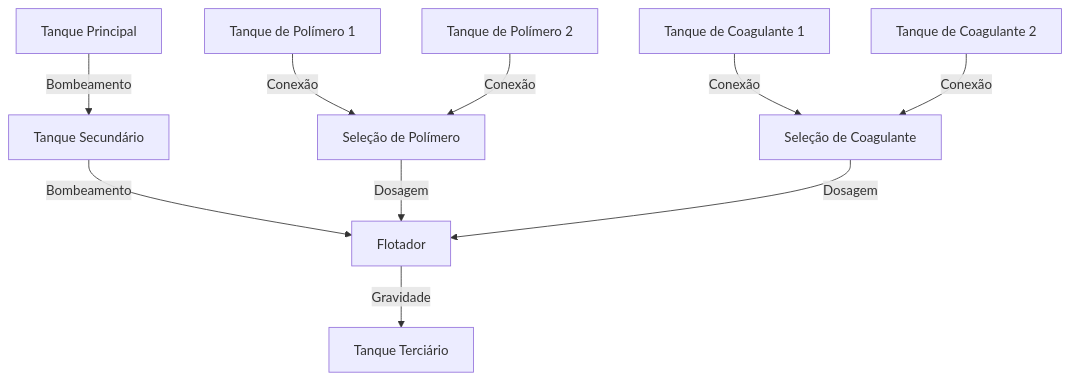
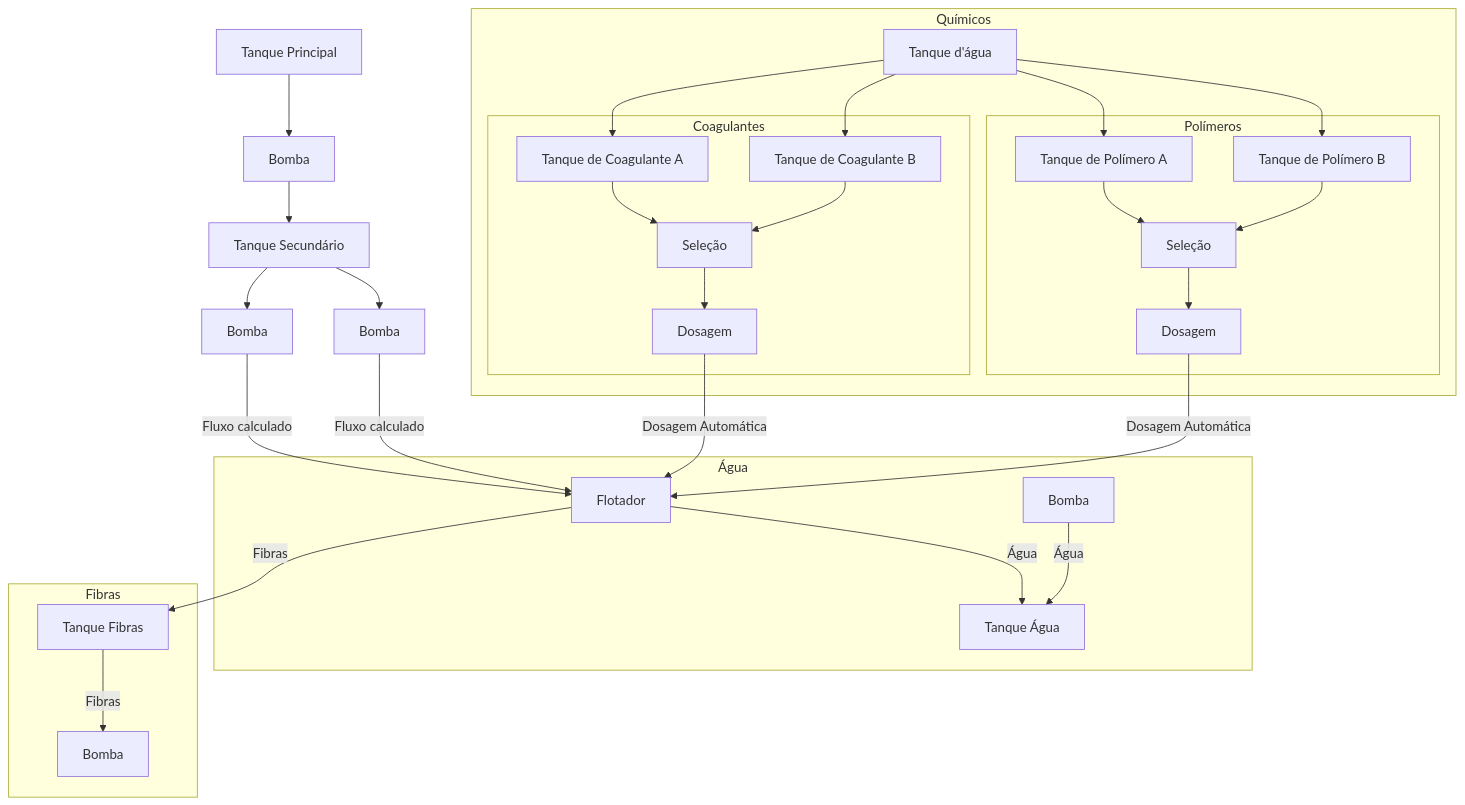
The diagram in level_control/README.md (thalesfb/ind_automation), drawn with Mermaid before and after one commit. The commit also changed other lines of this file, not shown here.

Commit message:
:books: docs: Update README.md with new water treatment diagram and mapping of inputs, outputs and memories

````diff
--- a/level_control/README.md
+++ b/level_control/README.md
@@ -35,12 +35,38 @@
 ```mermaid
 graph TD;
-    A[Tanque Principal] -->|Bombeamento| B[Tanque Secundário];
-    B -->|Bombeamento| C[Flotador];
-    C -->|Gravidade| E[Tanque Terciário];
-    F[Tanque de Polímero 1] -->|Conexão| J[Seleção de Polímero];
-    G[Tanque de Polímero 2] -->|Conexão| J;
-    J -->|Dosagem| C;
-    H[Tanque de Coagulante 1] -->|Conexão| K[Seleção de Coagulante];
-    I[Tanque de Coagulante 2] -->|Conexão| K;
-    K -->|Dosagem| C;
+    TK-101[Tanque Principal] --> P-101[Bomba];
+    P-101 --> TK-102[Tanque Secundário];
+    TK-102 --> P-102-A[Bomba];
+    TK-102 --> P-102-B[Bomba];
+    P-102-A -->|Fluxo calculado| F[Flotador];
+    P-102-B -->|Fluxo calculado| F[Flotador];
+
+    P-103 -->|Dosagem Automática| F;
+    P-104 -->|Dosagem Automática| F;
+
+    subgraph Água
+      F -->|Água| TK-105[Tanque Água];
+      P-105[Bomba] -->|Água| TK-105;
+    end
+    subgraph Fibras
+      F -->|Fibras| TK-106[Tanque Fibras];
+      TK-106 -->|Fibras| P-106[Bomba];
+    end
+
+    subgraph Químicos
+      TK-201[Tanque d'água] --> TK-104-A[Tanque de Polímero A];
+      TK-201 --> TK-104-B[Tanque de Polímero B];
+      TK-201 --> TK-103-A[Tanque de Coagulante A];
+      TK-201 --> TK-103-B[Tanque de Coagulante B];
+      subgraph Polímeros
+         TK-104-A --> S[Seleção];
+         TK-104-B --> S[Seleção];
+         S --> P-104[Dosagem];
+      end
+      subgraph Coagulantes
+         TK-103-A --> S2[Seleção];
+         TK-103-B --> S2[Seleção];
+         S2 --> P-103[Dosagem];
+      end
+    end
 ```
````
